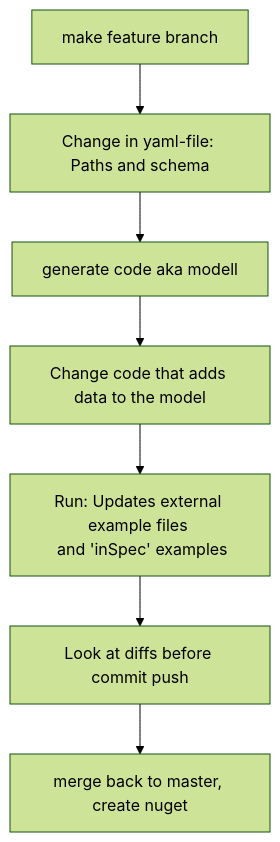
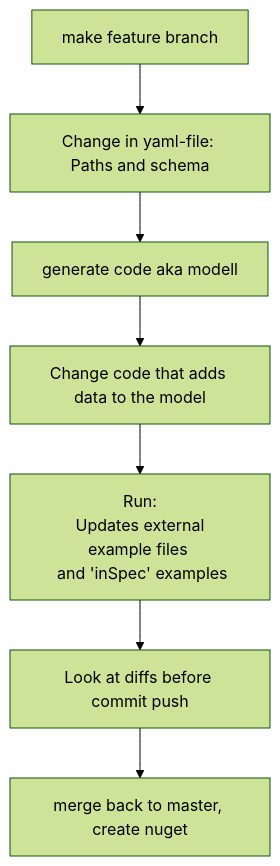
The diagram in generator/Readme.md (PxTools/PxApiSpecs), drawn with Mermaid (forest theme) before and after one commit.

````diff
--- a/generator/Readme.md
+++ b/generator/Readme.md
@@ -4,12 +4,12 @@
 ```mermaid      
  graph TD;
       A0[make feature branch]-->A
       A[Change in yaml-file: Paths and schema]-->B[generate code aka modell];
       B-->C[Change code that adds data to the model];
-      C-->D[Run:<br\> Updates external example files <br> and 'inSpec' examples];
+      C-->D[Run:<br> Updates external example files <br> and 'inSpec' examples];
      
       D-->D20[Look at diffs before commit push ];
       D20-->F[ merge back to master, create nuget];
 
       
 ```
````
